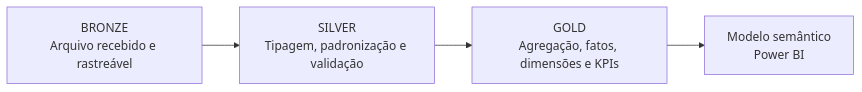
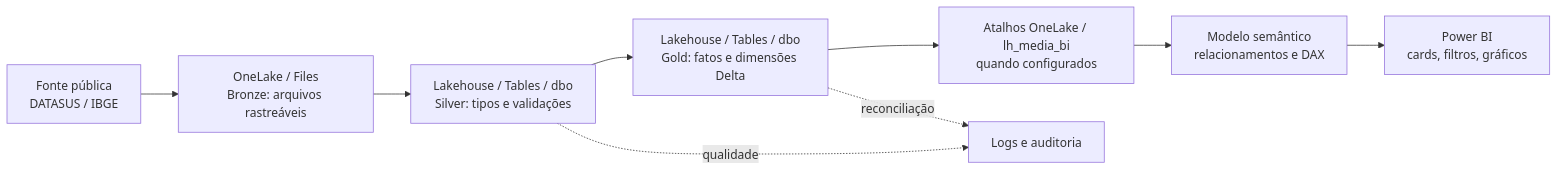
One commit to gersonpn/MedIA-fabric changed the second of 4 diagrams in README.md. Above: the diagram before and after it, drawn with Mermaid. The commit also changed other lines of this file and 12 other files, not shown here.

````diff
--- a/README.md
+++ b/README.md
@@ -131,6 +299,11 @@
 ```mermaid
 flowchart LR
-    A["BRONZE<br/>Arquivo recebido e rastreável"] --> B["SILVER<br/>Tipagem, padronização e validação"]
-    B --> C["GOLD<br/>Agregação, fatos, dimensões e KPIs"]
-    C --> D["Modelo semântico<br/>Power BI"]
+    F["Fonte pública<br/>DATASUS / IBGE"] --> B["OneLake / Files<br/>Bronze: arquivos rastreáveis"]
+    B --> S["Lakehouse / Tables / dbo<br/>Silver: tipos e validações"]
+    S --> G["Lakehouse / Tables / dbo<br/>Gold: fatos e dimensões Delta"]
+    G --> O["Atalhos OneLake / lh_media_bi<br/>quando configurados"]
+    O --> M["Modelo semântico<br/>relacionamentos e DAX"]
+    M --> P["Power BI<br/>cards, filtros, gráficos"]
+    S -. qualidade .-> Q["Logs e auditoria"]
+    G -. reconciliação .-> Q
 ```
````
